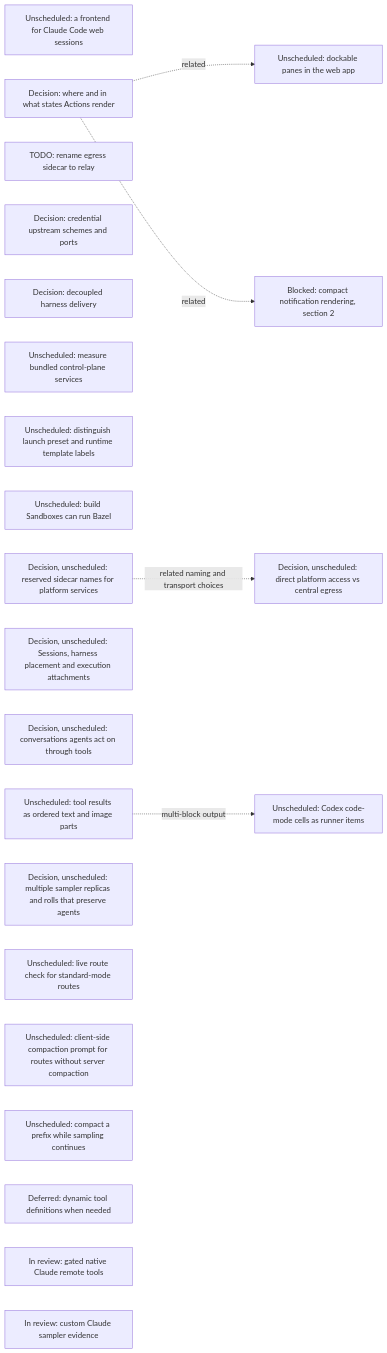
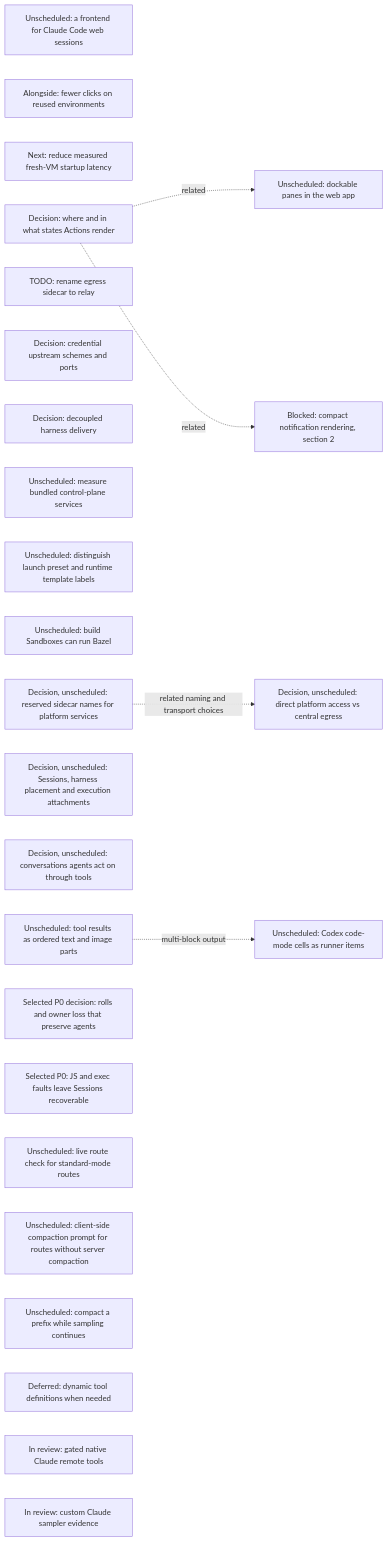
The sixth of 18 diagrams in agentplane/plans/task_dag.md (agentydragon/ducktape), drawn with Mermaid before and after one commit. The commit also changed other lines of this file and 5 other files, not shown here.

````diff
--- a/agentplane/plans/task_dag.md
+++ b/agentplane/plans/task_dag.md
@@ -541,29 +637,32 @@
 ```mermaid
 flowchart LR
     CLAUDE_CODE_WEB_BRIDGE[Unscheduled: a frontend for Claude Code web sessions]
+    SESSION_LAUNCH_FRICTION[Alongside: fewer clicks on reused environments]
+    VM_STARTUP_LATENCY[Next: reduce measured fresh-VM startup latency]
     ACTION_SURFACES_DESIGN[Decision: where and in what states Actions render]
     EGRESS_RELAY_RENAME[TODO: rename egress sidecar to relay]
     EGRESS_CREDENTIAL_TRANSPORT_DESIGN[Decision: credential upstream schemes and ports]
     RUNNER_HARNESS_DELIVERY_DESIGN[Decision: decoupled harness delivery]
     K3S_BUNDLED_SERVICES_SPIKE[Unscheduled: measure bundled control-plane services]
     DOCKABLE_PANES[Unscheduled: dockable panes in the web app]
     ACTION_SURFACES_DESIGN -. related .-> DOCKABLE_PANES
     NOTIFICATION_PRESENTATION[Blocked: compact notification rendering, section 2]
     ACTION_SURFACES_DESIGN -. related .-> NOTIFICATION_PRESENTATION
     SANDBOX_FORM_TERMINOLOGY[Unscheduled: distinguish launch preset and runtime template labels]
     BUILD_BOX_BAZEL[Unscheduled: build Sandboxes can run Bazel]
     PLATFORM_SERVICE_NAMES_DESIGN[Decision, unscheduled: reserved sidecar names for platform services]
     PLATFORM_SERVICE_ROUTING_DESIGN[Decision, unscheduled: direct platform access vs central egress]
     PLATFORM_SERVICE_NAMES_DESIGN -. related naming and transport choices .-> PLATFORM_SERVICE_ROUTING_DESIGN
     SESSION_RUNTIME_MODEL_DESIGN[Decision, unscheduled: Sessions, harness placement and execution attachments]
     AGENT_AUTHORED_CONVERSATIONS_DESIGN[Decision, unscheduled: conversations agents act on through tools]
     STRUCTURED_TOOL_OUTPUT[Unscheduled: tool results as ordered text and image parts]
     STRUCTURED_TOOL_OUTPUT -. multi-block output .-> CODEX_CODE_MODE_CELLS[Unscheduled: Codex code-mode cells as runner items]
-    CENTRAL_SAMPLER_REPLICA_ROLLOUT[Decision, unscheduled: multiple sampler replicas and rolls that preserve agents]
+    CENTRAL_SAMPLER_REPLICA_ROLLOUT[Selected P0 decision: rolls and owner loss that preserve agents]
+    CENTRAL_SAMPLER_TOOL_RECOVERY[Selected P0: JS and exec faults leave Sessions recoverable]
     CENTRAL_SAMPLER_MODEL_CAPABILITIES[Unscheduled: live route check for standard-mode routes]
     CENTRAL_SAMPLER_PROMPT_COMPACTION[Unscheduled: client-side compaction prompt for routes without server compaction]
     CENTRAL_SAMPLER_BACKGROUND_COMPACTION[Unscheduled: compact a prefix while sampling continues]
     CENTRAL_SAMPLER_DYNAMIC_TOOLS[Deferred: dynamic tool definitions when needed]
     CLAUDE_REMOTE_EXECUTION_SPIKE[In review: gated native Claude remote tools]
     CLAUDE_CUSTOM_SAMPLER[In review: custom Claude sampler evidence]
 ```
````
